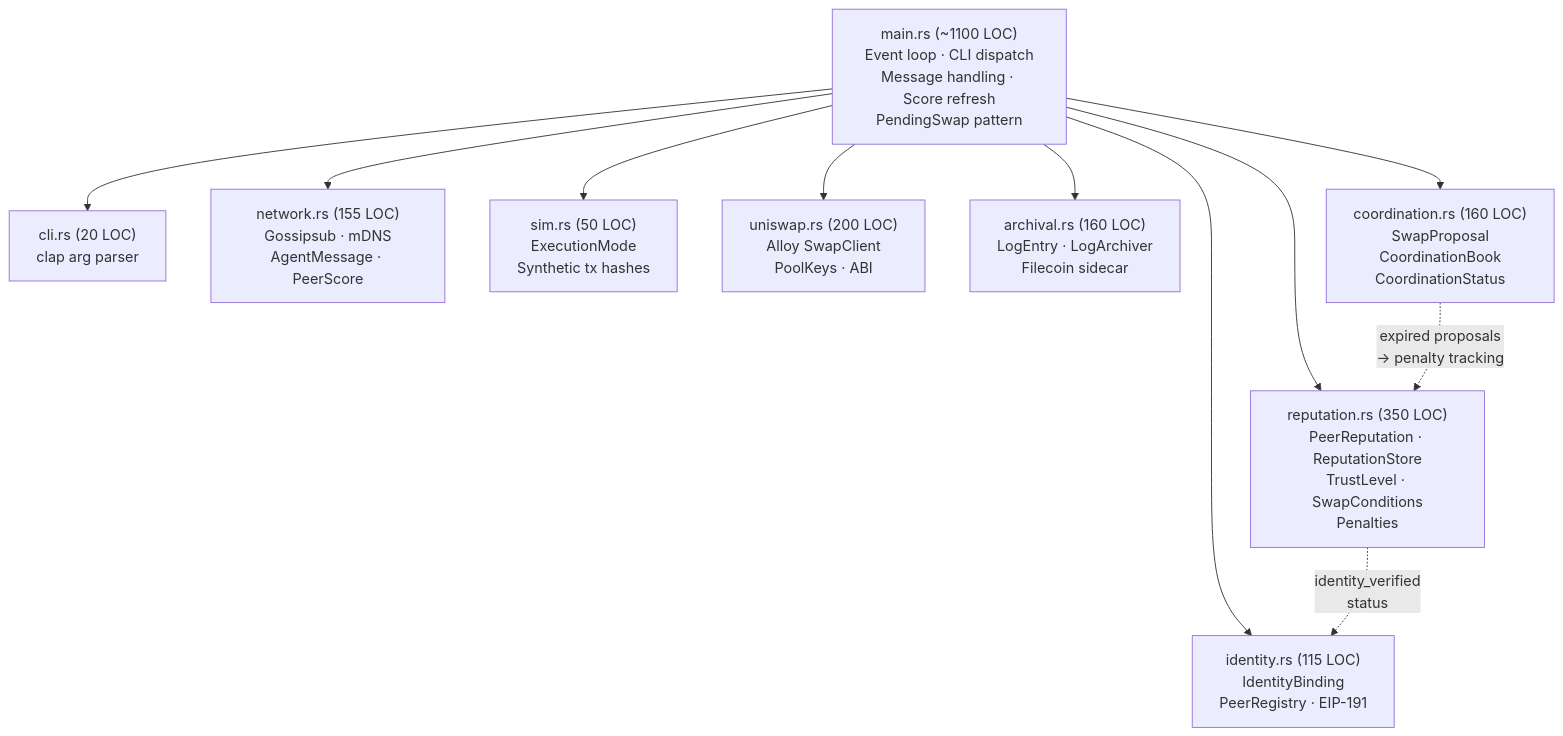
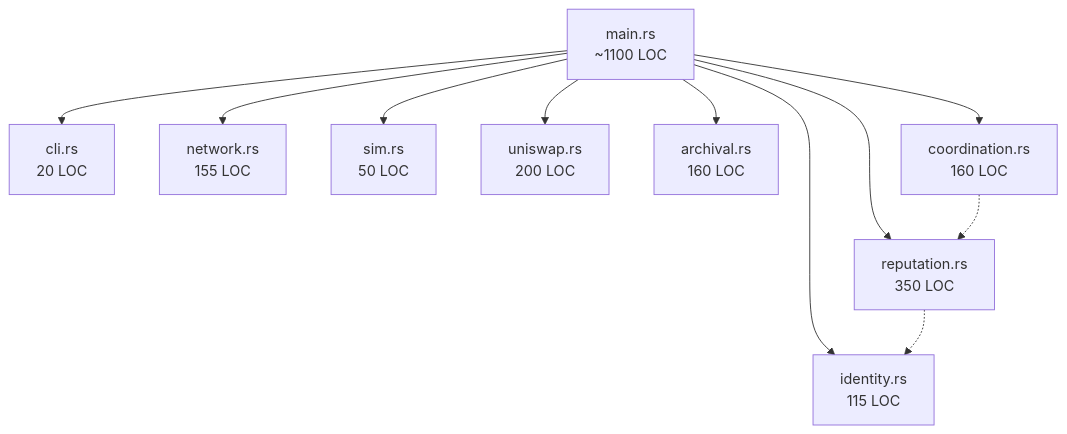
One commit to Patrick-Ehimen/libp2p-v4-swap-agents changed the eighth of 12 diagrams in documentation/architecture.md. Above: the diagram before and after it, drawn with Mermaid. The commit also changed other lines of this file, not shown here.

First line of the commit message:
fix: simplify Mermaid diagrams for GitHub rendering

````diff
--- a/documentation/architecture.md
+++ b/documentation/architecture.md
@@ -281,26 +186,14 @@
 ```mermaid
 graph TD
-    MAIN["main.rs (~1100 LOC)<br/>Event loop · CLI dispatch<br/>Message handling · Score refresh<br/>PendingSwap pattern"]
+    MAIN["main.rs\n~1100 LOC"] --> CLI["cli.rs\n20 LOC"]
+    MAIN --> NET["network.rs\n155 LOC"]
+    MAIN --> SIM["sim.rs\n50 LOC"]
+    MAIN --> UNI["uniswap.rs\n200 LOC"]
+    MAIN --> ARCH["archival.rs\n160 LOC"]
+    MAIN --> ID["identity.rs\n115 LOC"]
+    MAIN --> REP["reputation.rs\n350 LOC"]
+    MAIN --> COORD["coordination.rs\n160 LOC"]
 
-    CLI["cli.rs (20 LOC)<br/>clap arg parser"]
-    NET["network.rs (155 LOC)<br/>Gossipsub · mDNS<br/>AgentMessage · PeerScore"]
-    SIM["sim.rs (50 LOC)<br/>ExecutionMode<br/>Synthetic tx hashes"]
-    UNI["uniswap.rs (200 LOC)<br/>Alloy SwapClient<br/>PoolKeys · ABI"]
-    ARCH["archival.rs (160 LOC)<br/>LogEntry · LogArchiver<br/>Filecoin sidecar"]
-
-    ID["identity.rs (115 LOC)<br/>IdentityBinding<br/>PeerRegistry · EIP-191"]
-    REP["reputation.rs (350 LOC)<br/>PeerReputation · ReputationStore<br/>TrustLevel · SwapConditions<br/>Penalties"]
-    COORD["coordination.rs (160 LOC)<br/>SwapProposal<br/>CoordinationBook<br/>CoordinationStatus"]
-
-    MAIN --> CLI
-    MAIN --> NET
-    MAIN --> SIM
-    MAIN --> UNI
-    MAIN --> ARCH
-    MAIN --> ID
-    MAIN --> REP
-    MAIN --> COORD
-
-    REP -.->|"identity_verified<br/>status"| ID
-    COORD -.->|"expired proposals<br/>→ penalty tracking"| REP
+    REP -.-> ID
+    COORD -.-> REP
 ```
````
